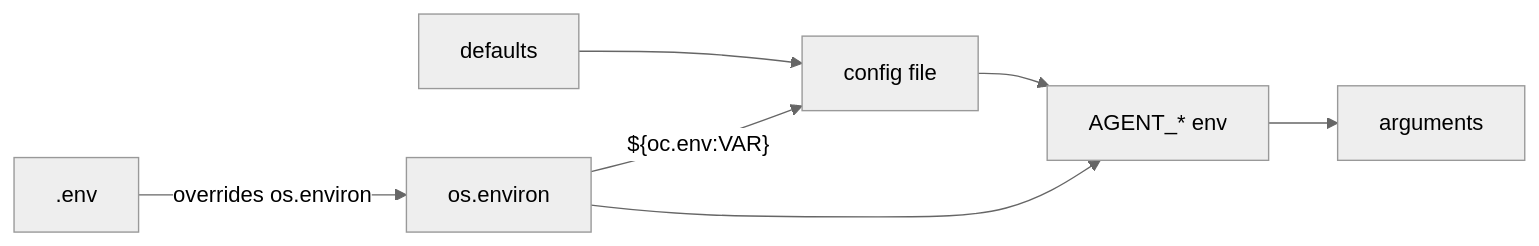
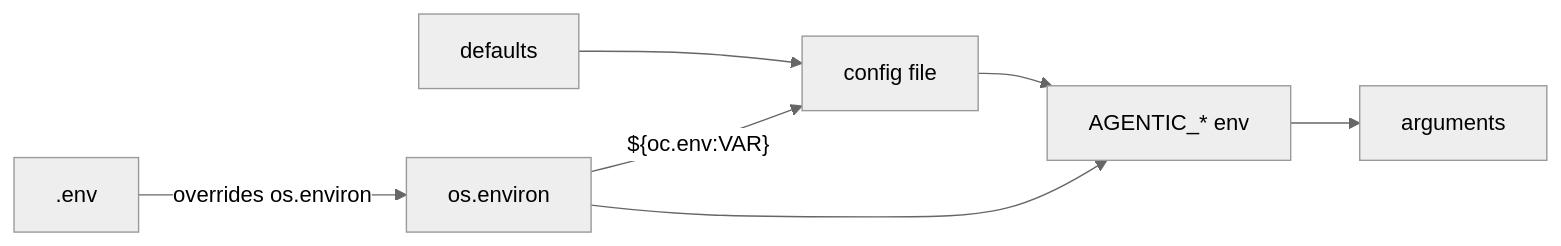
The diagram in DESIGN.md (iamhaymc/agentic), drawn with Mermaid (neutral theme) before and after one commit. The commit also changed other lines of this file and 12 other files, not shown here.

First line of the commit message:
Rename agent module to agentic

````diff
--- a/DESIGN.md
+++ b/DESIGN.md
@@ -162,9 +162,9 @@
 ```mermaid
 flowchart LR
   D[defaults] --> F[config file]
   E[.env] -->|overrides os.environ| O[os.environ]
   O -->|"${oc.env:VAR}"| F
-  F --> V["AGENT_* env"]
+  F --> V["AGENTIC_* env"]
   O --> V
   V --> A[arguments]
 ```
````
